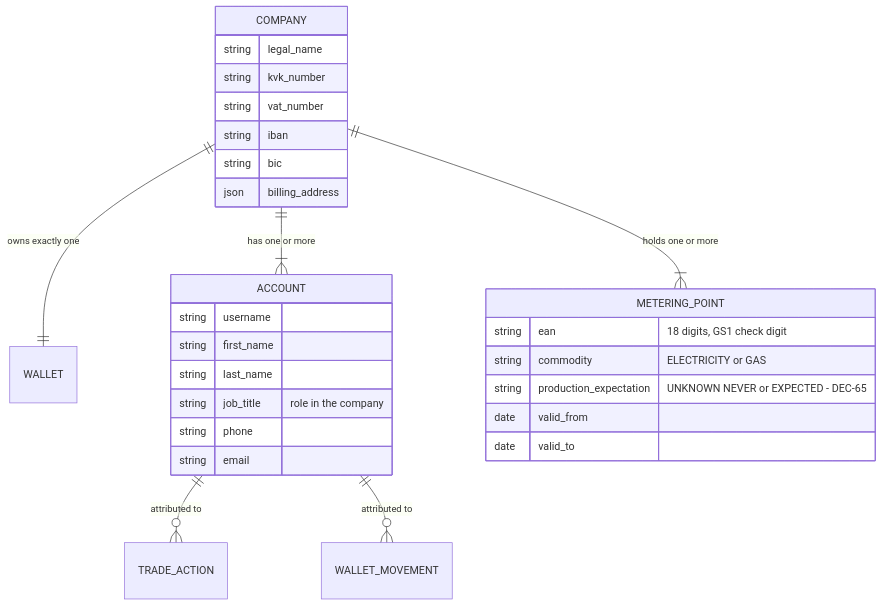
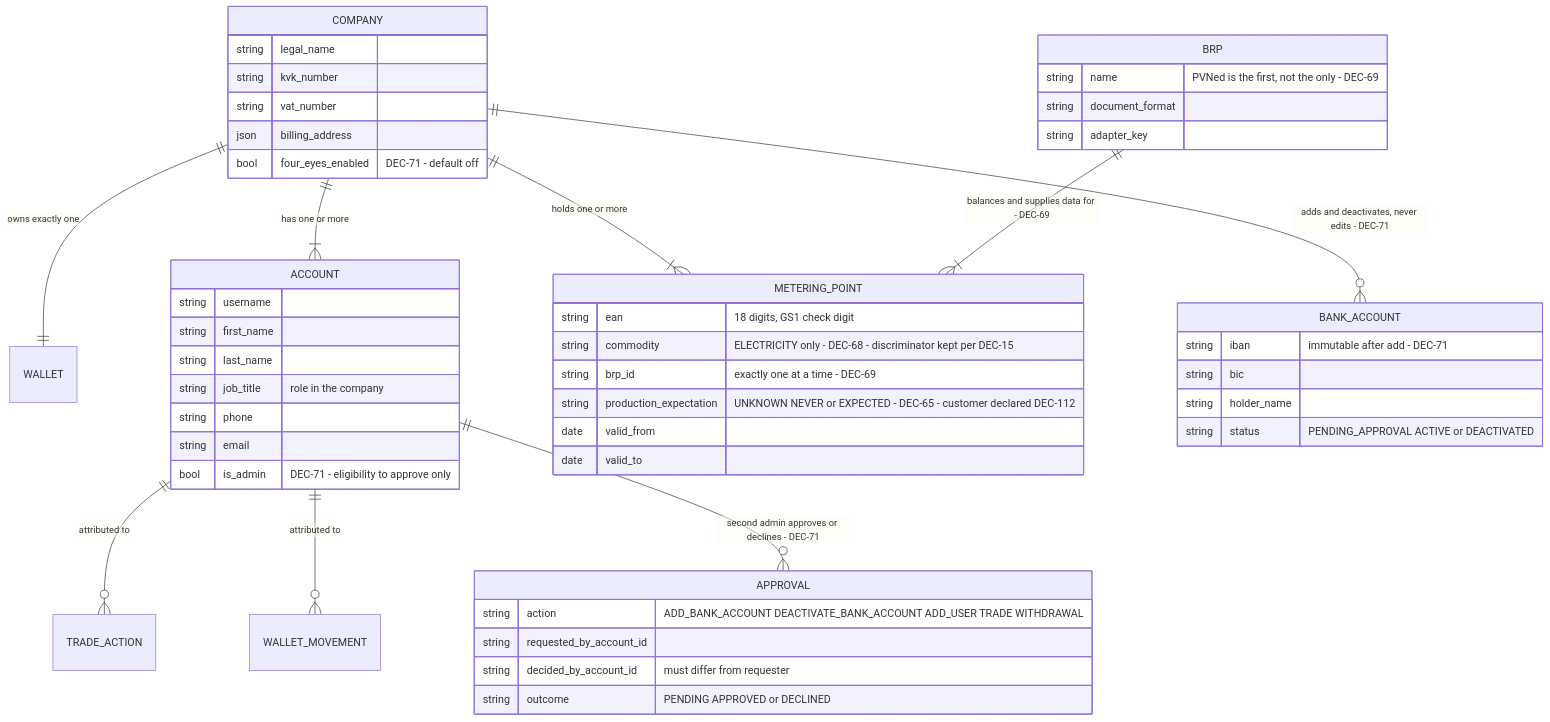
The diagram in specs/10-features/F01-customer-and-metering-points.md (lukastosic-ifd/peakpowerspecs), drawn with Mermaid before and after one commit. The commit also changed other lines of this file and 66 other files, not shown here.

````diff
--- a/specs/10-features/F01-customer-and-metering-points.md
+++ b/specs/10-features/F01-customer-and-metering-points.md
@@ -35,32 +71,53 @@
 ```mermaid
 erDiagram
     COMPANY ||--|| WALLET : "owns exactly one"
     COMPANY ||--|{ ACCOUNT : "has one or more"
     COMPANY ||--|{ METERING_POINT : "holds one or more"
+    COMPANY ||--o{ BANK_ACCOUNT : "adds and deactivates, never edits - DEC-71"
     ACCOUNT ||--o{ TRADE_ACTION : "attributed to"
     ACCOUNT ||--o{ WALLET_MOVEMENT : "attributed to"
+    ACCOUNT ||--o{ APPROVAL : "second admin approves or declines - DEC-71"
+    BRP ||--|{ METERING_POINT : "balances and supplies data for - DEC-69"
 
     COMPANY {
         string legal_name
         string kvk_number
         string vat_number
-        string iban
+        json billing_address
+        bool four_eyes_enabled "DEC-71 - default off"
+    }
+    BANK_ACCOUNT {
+        string iban "immutable after add - DEC-71"
         string bic
-        json billing_address
+        string holder_name
+        string status "PENDING_APPROVAL ACTIVE or DEACTIVATED"
     }
     ACCOUNT {
         string username
         string first_name
         string last_name
         string job_title "role in the company"
         string phone
         string email
+        bool is_admin "DEC-71 - eligibility to approve only"
+    }
+    APPROVAL {
+        string action "ADD_BANK_ACCOUNT DEACTIVATE_BANK_ACCOUNT ADD_USER TRADE WITHDRAWAL"
+        string requested_by_account_id
+        string decided_by_account_id "must differ from requester"
+        string outcome "PENDING APPROVED or DECLINED"
+    }
+    BRP {
+        string name "PVNed is the first, not the only - DEC-69"
+        string document_format
+        string adapter_key
     }
     METERING_POINT {
         string ean "18 digits, GS1 check digit"
-        string commodity "ELECTRICITY or GAS"
-        string production_expectation "UNKNOWN NEVER or EXPECTED - DEC-65"
+        string commodity "ELECTRICITY only - DEC-68 - discriminator kept per DEC-15"
+        string brp_id "exactly one at a time - DEC-69"
+        string production_expectation "UNKNOWN NEVER or EXPECTED - DEC-65 - customer declared DEC-112"
         date valid_from
         date valid_to
     }
 ```
````
